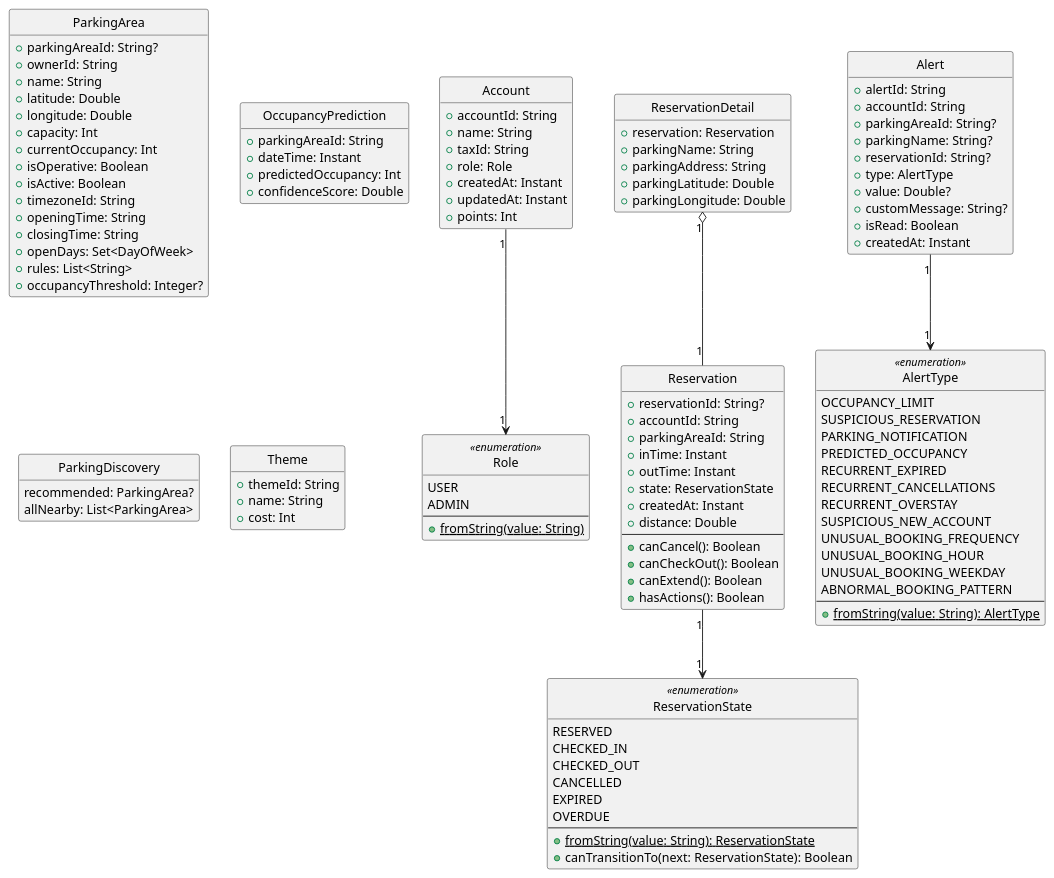
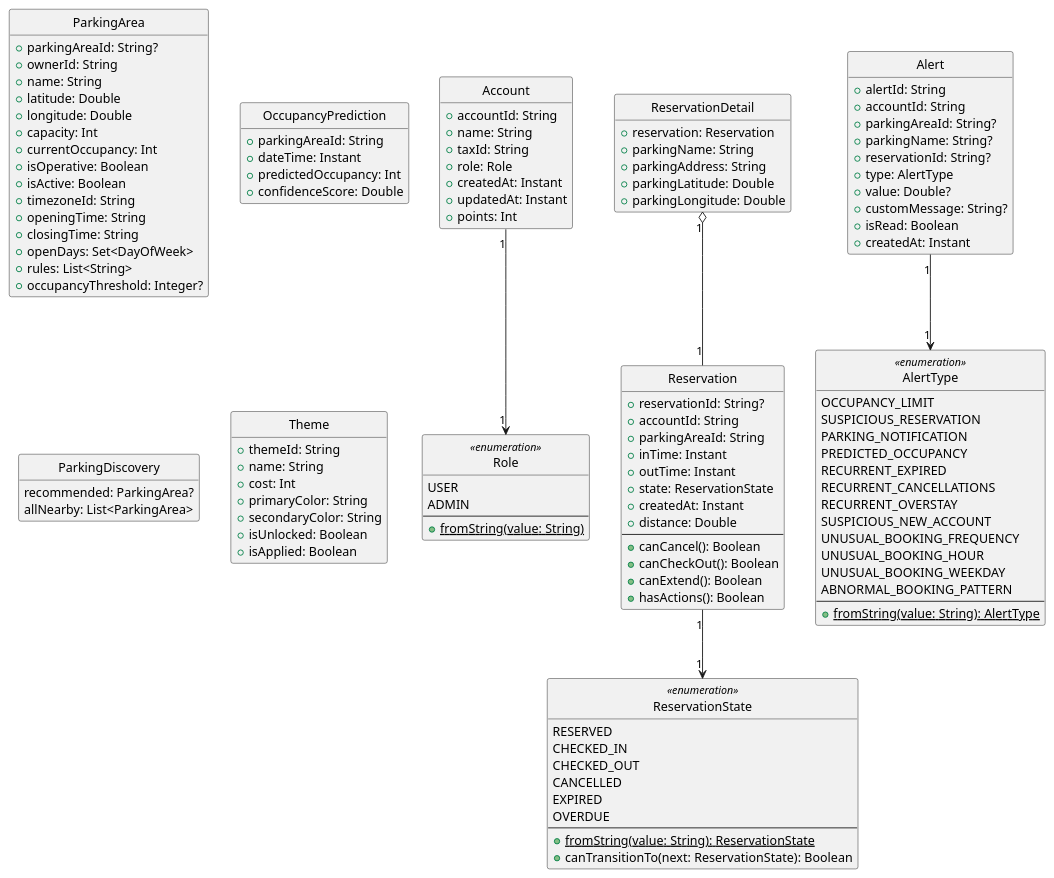
Before and after one commit to mmmatanza/BikeParkingApp: the diagram in docs/diseño/Diagramas de clases/Entidades de dominio.puml, drawn with PlantUML. The commit also changed 49 other files, not shown here.

```diff
--- a/docs/diseño/Diagramas de clases/Entidades de dominio.puml
+++ b/docs/diseño/Diagramas de clases/Entidades de dominio.puml
@@ -1,128 +1,132 @@
 @startuml domain_entities
 skinparam style strictuml
 skinparam linetype ortho
 hide empty members
 
 class Account {
     + accountId: String
     + name: String
     + taxId: String
     + role: Role
     + createdAt: Instant
     + updatedAt: Instant
     + points: Int
 }
 
 enum Role <<enumeration>> {
     USER
     ADMIN
     --
     {static} + fromString(value: String)
 }
 
 class ParkingArea {
     + parkingAreaId: String?
     + ownerId: String
     + name: String
     + latitude: Double
     + longitude: Double
     + capacity: Int
     + currentOccupancy: Int
     + isOperative: Boolean
     + isActive: Boolean
     + timezoneId: String
     + openingTime: String
     + closingTime: String
     + openDays: Set<DayOfWeek>
     + rules: List<String>
     + occupancyThreshold: Integer?
 }
 class Reservation {
     + reservationId: String?
     + accountId: String
     + parkingAreaId: String
     + inTime: Instant
     + outTime: Instant
     + state: ReservationState
     + createdAt: Instant
     + distance: Double
     --
     + canCancel(): Boolean
     + canCheckOut(): Boolean
     + canExtend(): Boolean
     + hasActions(): Boolean
 }
 
 enum ReservationState <<enumeration>> {
     RESERVED
     CHECKED_IN
     CHECKED_OUT
     CANCELLED
     EXPIRED
     OVERDUE
     --
     {static} + fromString(value: String): ReservationState
     + canTransitionTo(next: ReservationState): Boolean
 }
 
 class ReservationDetail {
     + reservation: Reservation
     + parkingName: String
     + parkingAddress: String
     + parkingLatitude: Double
     + parkingLongitude: Double
 }
 
 class Alert {
     + alertId: String
     + accountId: String
     + parkingAreaId: String?
     + parkingName: String?
     + reservationId: String?
     + type: AlertType
     + value: Double?
     + customMessage: String?
     + isRead: Boolean
     + createdAt: Instant
 }
 
 class OccupancyPrediction {
     + parkingAreaId: String
     + dateTime: Instant
     + predictedOccupancy: Int
     + confidenceScore: Double
 }
 
 enum AlertType <<enumeration>> {
     OCCUPANCY_LIMIT
     SUSPICIOUS_RESERVATION
     PARKING_NOTIFICATION
     PREDICTED_OCCUPANCY
     RECURRENT_EXPIRED
     RECURRENT_CANCELLATIONS
     RECURRENT_OVERSTAY
     SUSPICIOUS_NEW_ACCOUNT
     UNUSUAL_BOOKING_FREQUENCY
     UNUSUAL_BOOKING_HOUR
     UNUSUAL_BOOKING_WEEKDAY
     ABNORMAL_BOOKING_PATTERN
     --
     {static} + fromString(value: String): AlertType
 }
 
 class ParkingDiscovery{
     recommended: ParkingArea?
     allNearby: List<ParkingArea>
 }
 
 class Theme {
     + themeId: String
     + name: String
     + cost: Int
+    + primaryColor: String
+    + secondaryColor: String
+    + isUnlocked: Boolean
+    + isApplied: Boolean
 }
 
 Account "1" --> "1" Role
 Reservation "1" --> "1" ReservationState
 ReservationDetail "1" o-- "1" Reservation
 Alert "1" --> "1" AlertType
 @enduml
```
